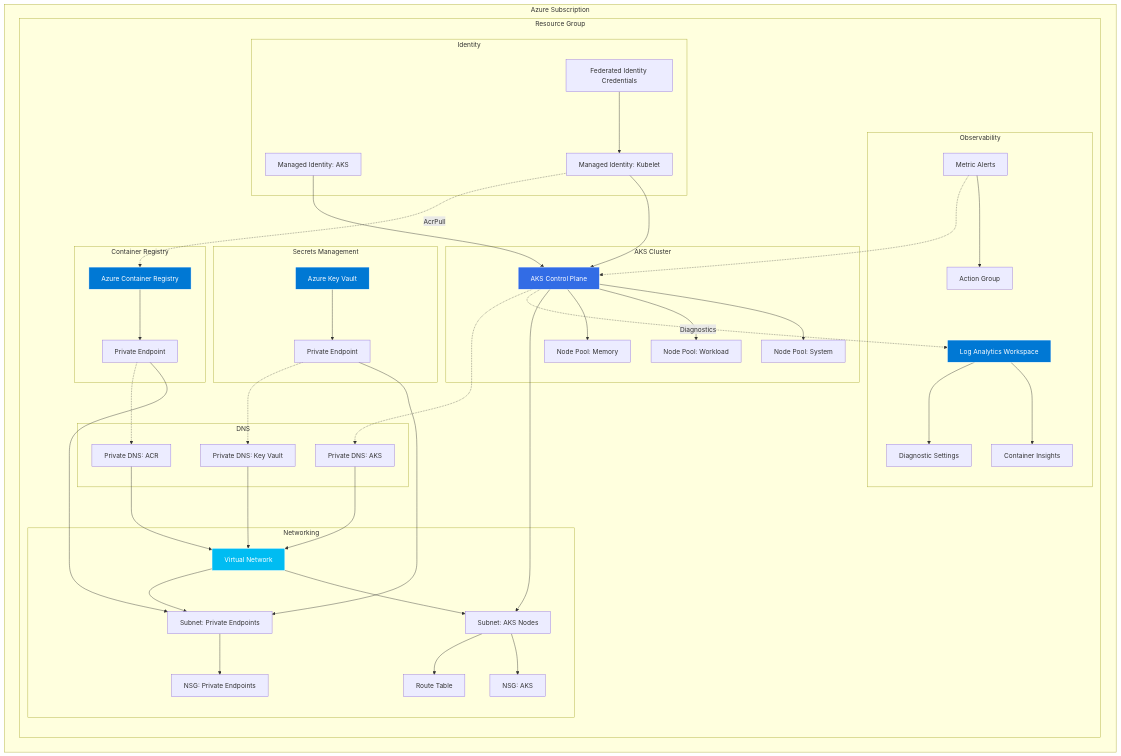
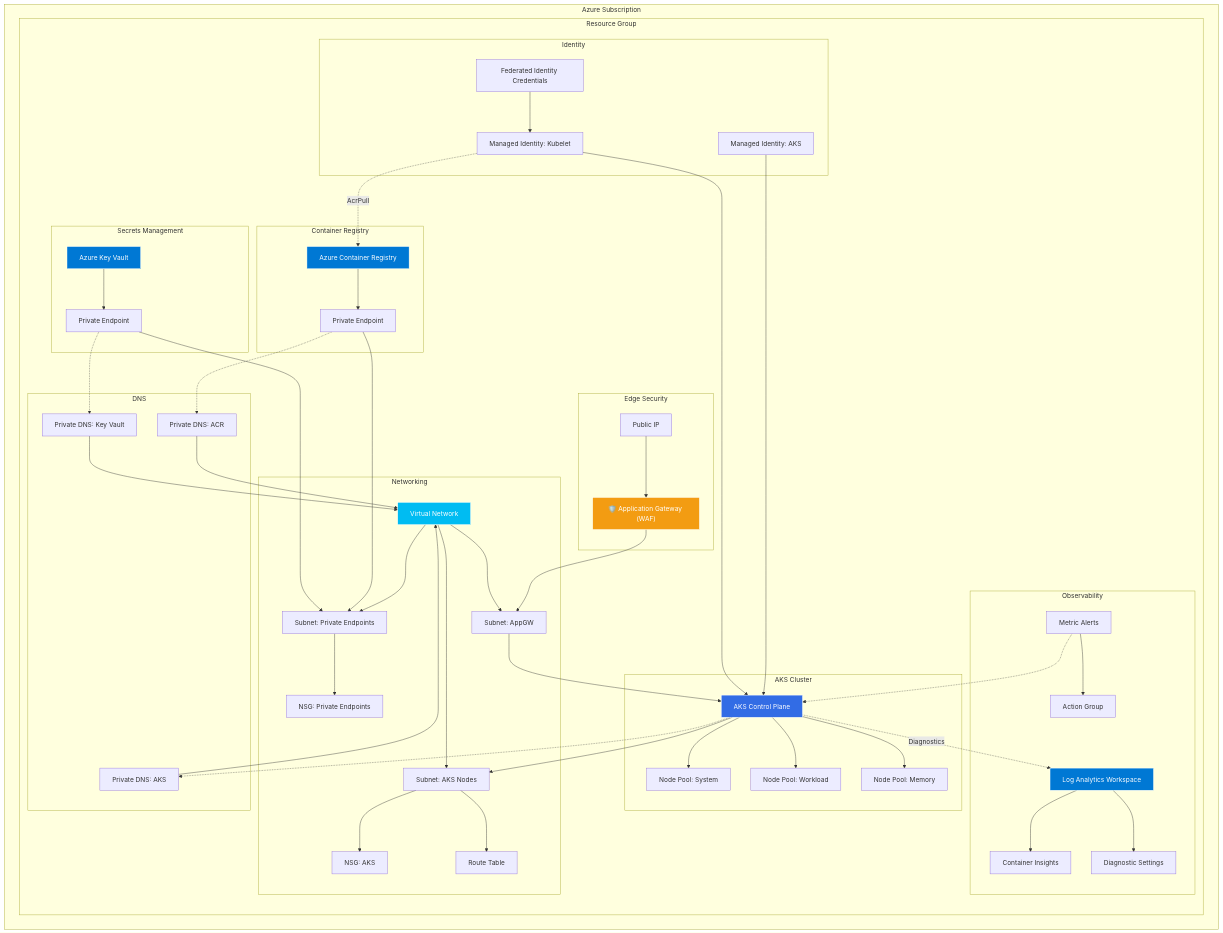
The first of 2 diagrams in docs/architecture.md (fyls237/plateform-aks-standards-entreprise), drawn with Mermaid before and after one commit. The commit also changed other lines of this file and 13 other files, not shown here.

First line of the commit message:
feat(network): add application gateway (agic and nginx) ingress (#40)

````diff
--- a/docs/architecture.md
+++ b/docs/architecture.md
@@ -10,10 +10,16 @@
 graph TB
     subgraph "Azure Subscription"
         subgraph "Resource Group"
+            subgraph "Edge Security"
+                APPGW["🛡️ Application Gateway (WAF)"]
+                PIP["Public IP"]
+            end
+
             subgraph "Networking"
                 VNET["Virtual Network"]
                 SNET_AKS["Subnet: AKS Nodes"]
                 SNET_PE["Subnet: Private Endpoints"]
+                SNET_AGW["Subnet: AppGW"]
                 NSG_AKS["NSG: AKS"]
                 NSG_PE["NSG: Private Endpoints"]
                 RT["Route Table"]
@@ -58,8 +64,13 @@
         end
     end
 
+    PIP --> APPGW
+    APPGW --> SNET_AGW
+    SNET_AGW --> AKS
+
     VNET --> SNET_AKS
     VNET --> SNET_PE
+    VNET --> SNET_AGW
     SNET_AKS --> NSG_AKS
     SNET_PE --> NSG_PE
     SNET_AKS --> RT
@@ -95,4 +106,5 @@
     style KV fill:#0078D4,stroke:#fff,color:#fff
     style LAW fill:#0078D4,stroke:#fff,color:#fff
     style VNET fill:#00BCF2,stroke:#fff,color:#fff
+    style APPGW fill:#F39C12,stroke:#fff,color:#fff
 ```
````
